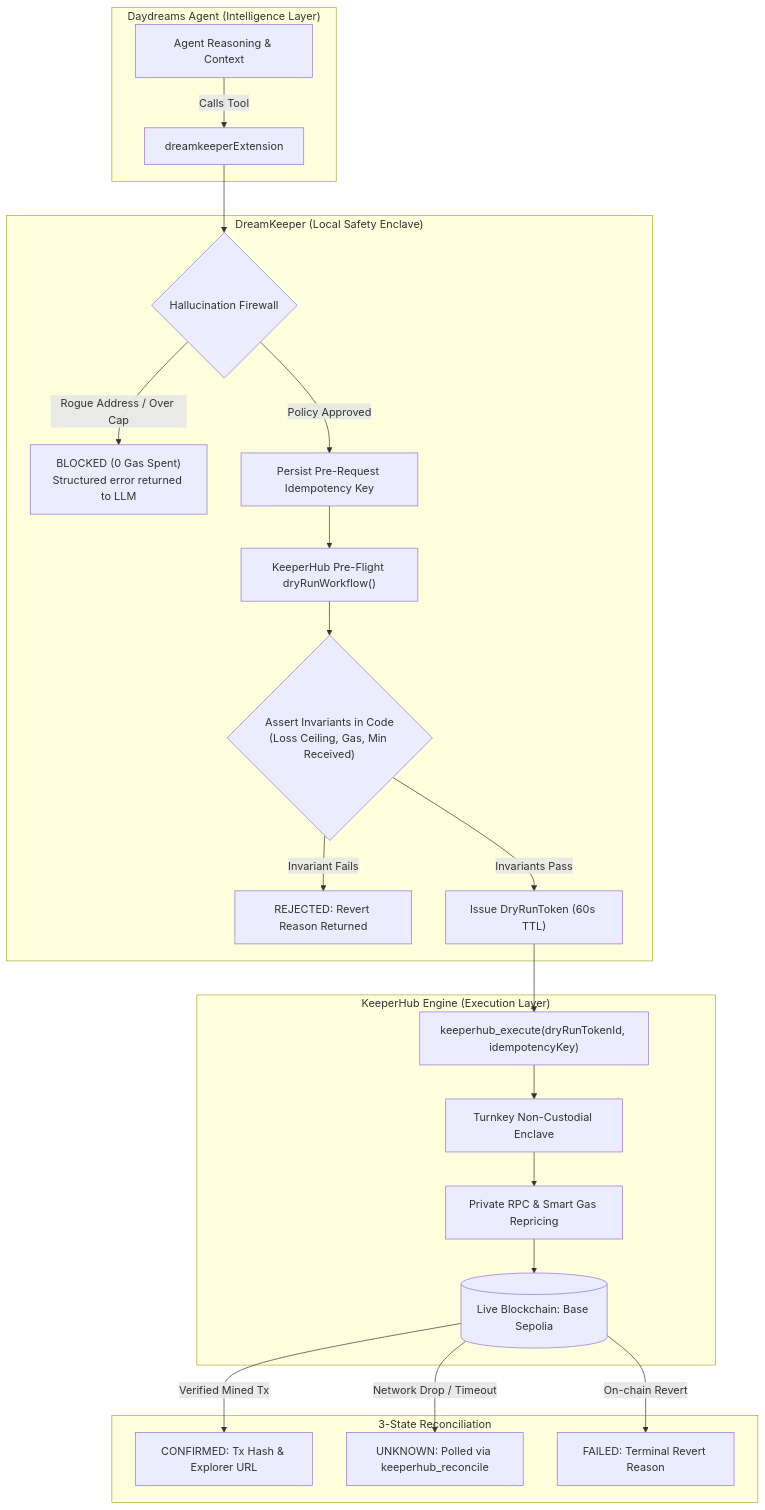
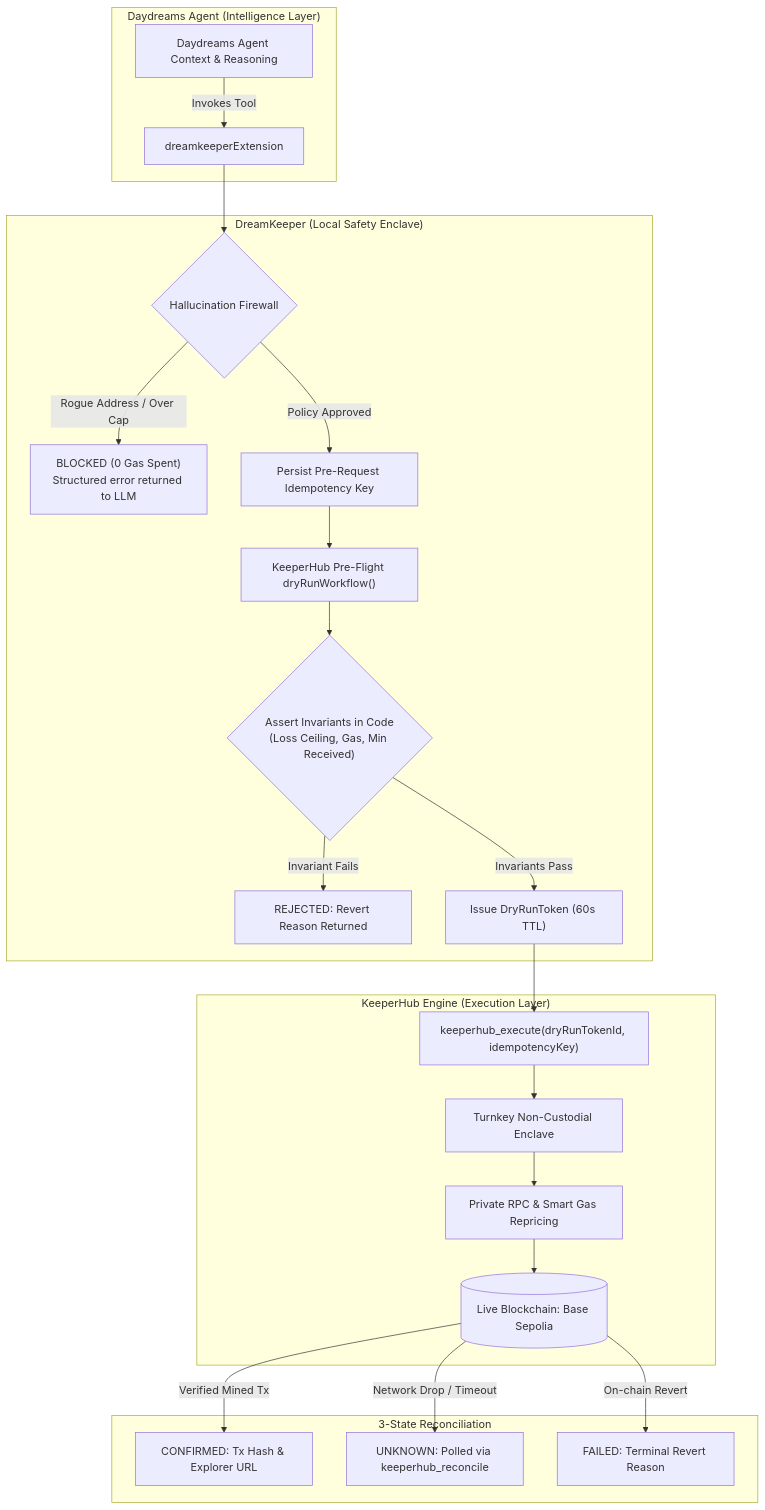
The diagram in README.md (Dami904/DreamKeeper), drawn with Mermaid before and after one commit. The commit also changed other lines of this file, not shown here.

````diff
--- a/README.md
+++ b/README.md
@@ -52,29 +129,29 @@
 ```mermaid
 flowchart TD
     subgraph "Daydreams Agent (Intelligence Layer)"
-        LLM["Agent Reasoning & Context"] -->|"Calls Tool"| EXT["dreamkeeperExtension"]
+        LLM["Daydreams Agent Context & Reasoning"] -->|"Invokes Tool"| EXT["dreamkeeperExtension"]
     end
 
     subgraph "DreamKeeper (Local Safety Enclave)"
         EXT --> FW{"Hallucination Firewall"}
         FW -->|"Rogue Address / Over Cap"| BLK["BLOCKED (0 Gas Spent)<br/>Structured error returned to LLM"]
         FW -->|"Policy Approved"| IDEM["Persist Pre-Request Idempotency Key"]
         IDEM --> SIM["KeeperHub Pre-Flight dryRunWorkflow()"]
         SIM --> INV{"Assert Invariants in Code<br/>(Loss Ceiling, Gas, Min Received)"}
         INV -->|"Invariant Fails"| REJ["REJECTED: Revert Reason Returned"]
         INV -->|"Invariants Pass"| TOKEN["Issue DryRunToken (60s TTL)"]
     end
 
     subgraph "KeeperHub Engine (Execution Layer)"
         TOKEN --> EXE["keeperhub_execute(dryRunTokenId, idempotencyKey)"]
         EXE --> TK["Turnkey Non-Custodial Enclave"]
         TK --> MEV["Private RPC & Smart Gas Repricing"]
         MEV --> CHAIN[("Live Blockchain: Base Sepolia")]
     end
 
     subgraph "3-State Reconciliation"
         CHAIN -->|"Verified Mined Tx"| CONF["CONFIRMED: Tx Hash & Explorer URL"]
         CHAIN -->|"Network Drop / Timeout"| UNK["UNKNOWN: Polled via keeperhub_reconcile"]
         CHAIN -->|"On-chain Revert"| FAIL["FAILED: Terminal Revert Reason"]
     end
 ```
````
